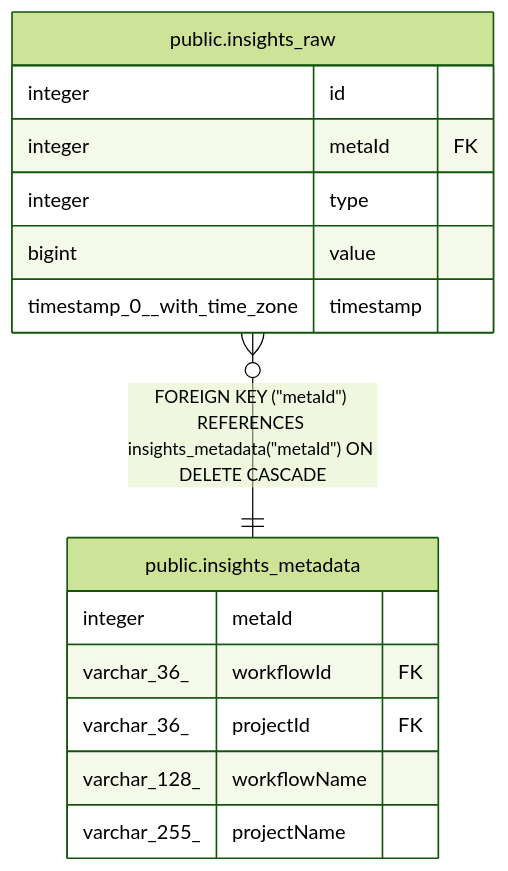
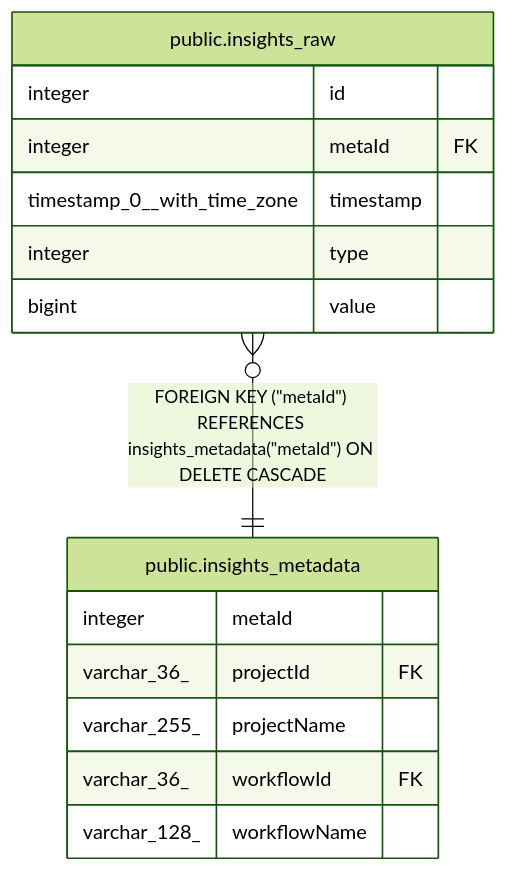
One commit to mayankjain1815-commits/n8n changed the diagram in docs/generated/postgres-schema/public.insights_raw.md. Above: the diagram before and after it, drawn with Mermaid (forest theme). The commit also changed other lines of this file and 221 other files, not shown here.

Commit message:
chore(core): Make DB schema docs generation deterministic (#32373)

````diff
--- a/docs/generated/postgres-schema/public.insights_raw.md
+++ b/docs/generated/postgres-schema/public.insights_raw.md
@@ -34,20 +34,20 @@
 ```mermaid
 erDiagram
 
 "public.insights_raw" }o--|| "public.insights_metadata" : "FOREIGN KEY (#quot;metaId#quot;) REFERENCES insights_metadata(#quot;metaId#quot;) ON DELETE CASCADE"
 
 "public.insights_raw" {
   integer id
   integer metaId FK
+  timestamp_0__with_time_zone timestamp
   integer type
   bigint value
-  timestamp_0__with_time_zone timestamp
 }
 "public.insights_metadata" {
   integer metaId
+  varchar_36_ projectId FK
+  varchar_255_ projectName
   varchar_36_ workflowId FK
-  varchar_36_ projectId FK
   varchar_128_ workflowName
-  varchar_255_ projectName
 }
 ```
````
